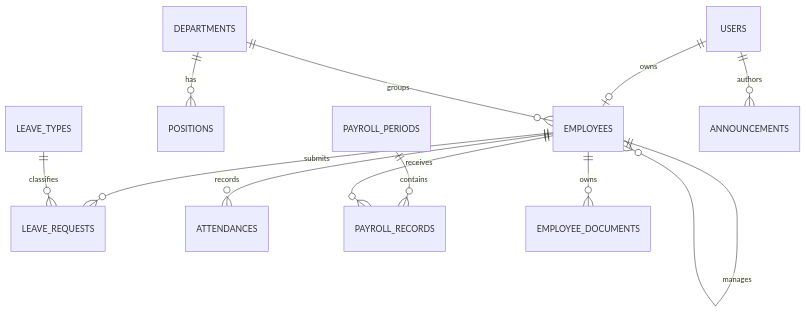
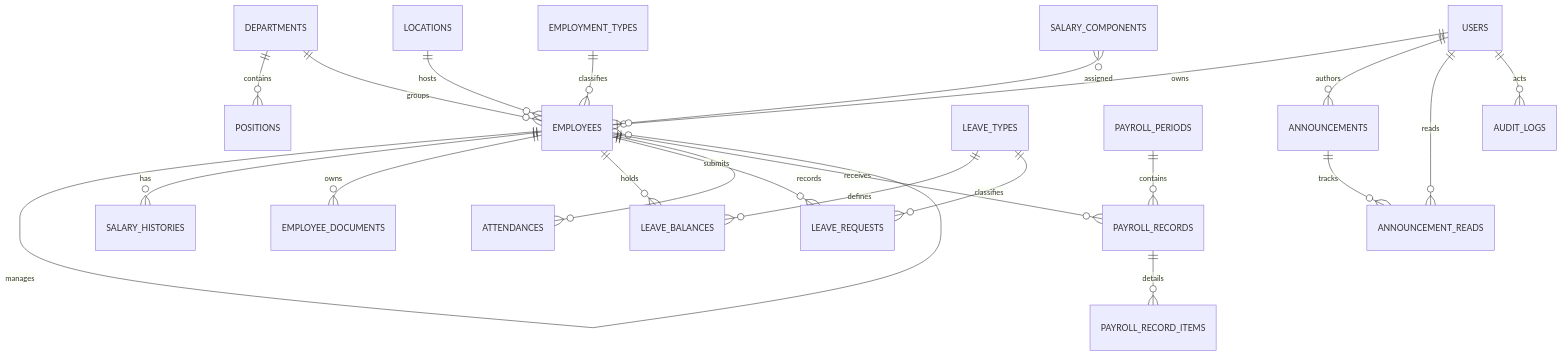
Before and after one commit to Juaini00/HRIS-Mini: the diagram in docs/database-design.md, drawn with Mermaid. The commit also changed other lines of this file and 113 other files, not shown here.

````diff
--- a/docs/database-design.md
+++ b/docs/database-design.md
@@ -5,14 +13,24 @@
 ```mermaid
 erDiagram
  USERS ||--o| EMPLOYEES : owns
- DEPARTMENTS ||--o{ POSITIONS : has
+ DEPARTMENTS ||--o{ POSITIONS : contains
  DEPARTMENTS ||--o{ EMPLOYEES : groups
+ LOCATIONS ||--o{ EMPLOYEES : hosts
+ EMPLOYMENT_TYPES ||--o{ EMPLOYEES : classifies
  EMPLOYEES ||--o{ EMPLOYEES : manages
+ EMPLOYEES ||--o{ SALARY_HISTORIES : has
+ EMPLOYEES ||--o{ EMPLOYEE_DOCUMENTS : owns
+ EMPLOYEES ||--o{ LEAVE_BALANCES : holds
+ LEAVE_TYPES ||--o{ LEAVE_BALANCES : defines
  EMPLOYEES ||--o{ LEAVE_REQUESTS : submits
  LEAVE_TYPES ||--o{ LEAVE_REQUESTS : classifies
  EMPLOYEES ||--o{ ATTENDANCES : records
+ SALARY_COMPONENTS }o--o{ EMPLOYEES : assigned
  PAYROLL_PERIODS ||--o{ PAYROLL_RECORDS : contains
  EMPLOYEES ||--o{ PAYROLL_RECORDS : receives
+ PAYROLL_RECORDS ||--o{ PAYROLL_RECORD_ITEMS : details
  USERS ||--o{ ANNOUNCEMENTS : authors
- EMPLOYEES ||--o{ EMPLOYEE_DOCUMENTS : owns
+ ANNOUNCEMENTS ||--o{ ANNOUNCEMENT_READS : tracks
+ USERS ||--o{ ANNOUNCEMENT_READS : reads
+ USERS ||--o{ AUDIT_LOGS : acts
 ```
````
